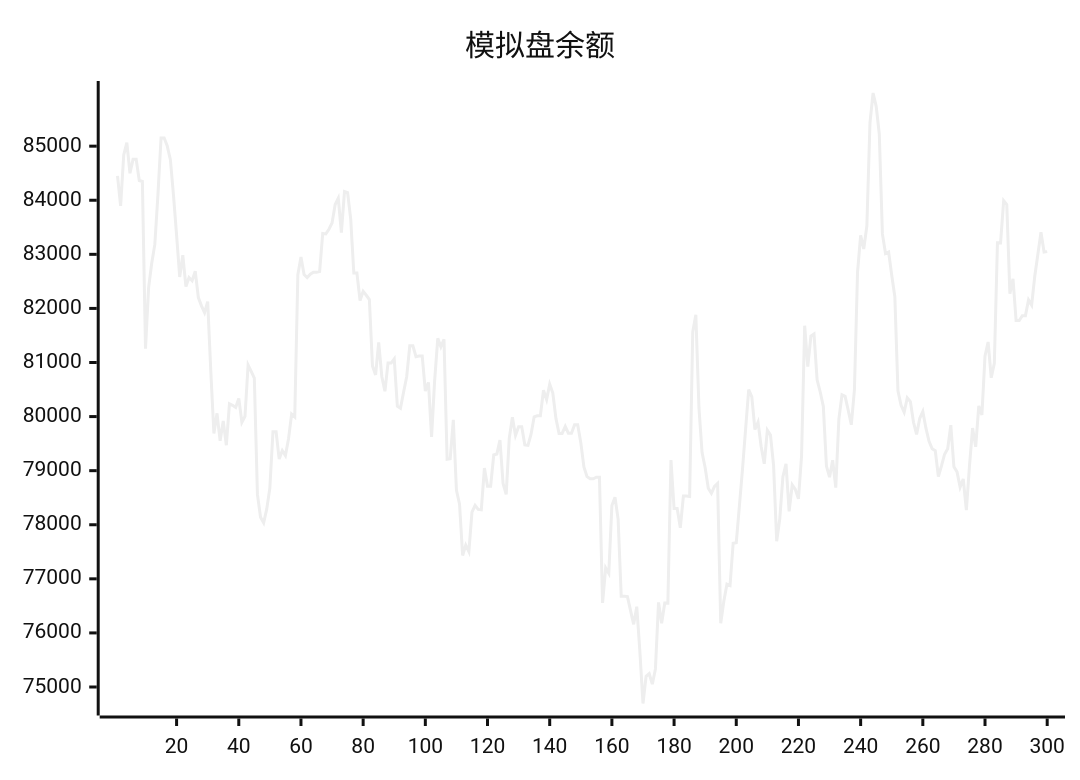
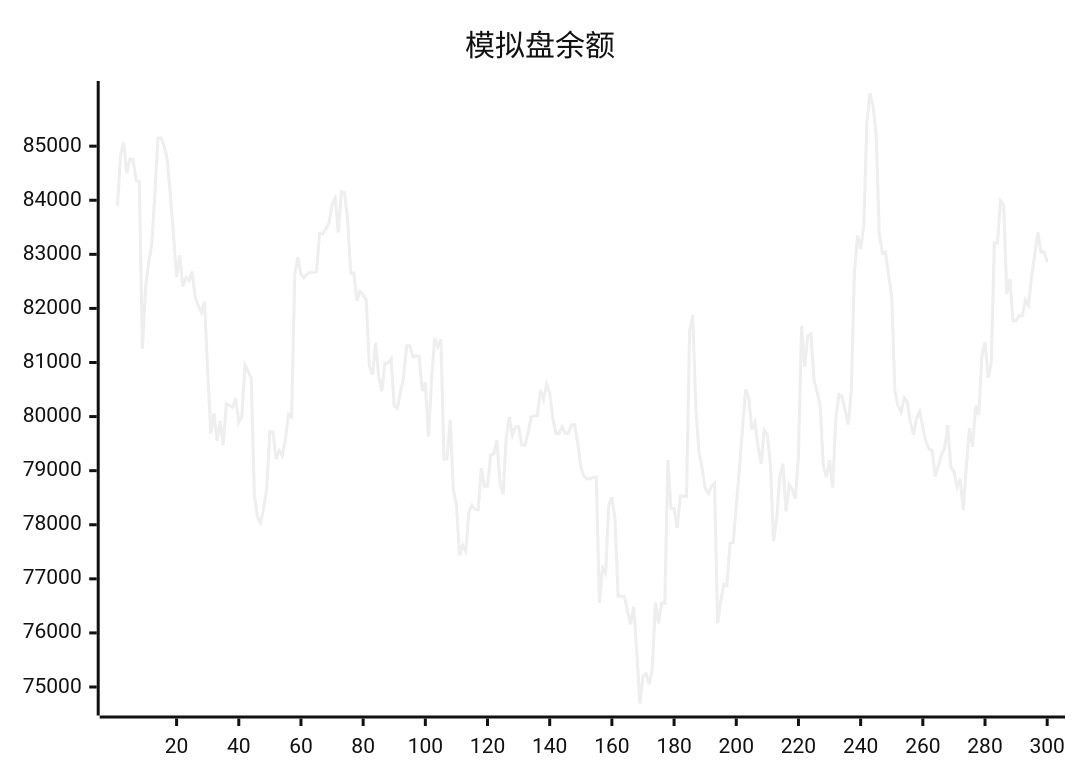
The diagram in README.md (aahl/ai-trading), drawn with Mermaid (neutral theme) before and after one commit. The commit also changed other lines of this file and 1 other file, not shown here.

````diff
--- a/README.md
+++ b/README.md
@@ -5,5 +5,5 @@
 ```mermaid
 xychart
     title "模拟盘余额"
-    line [84449,83896,84839,85065,84499,84757,84757,84364,84347,81254,82385,82835,83184,84099,85150,85150,85002,84751,84096,83356,82582,82983,82404,82572,82512,82688,82200,82047,81920,82125,80840,79688,80060,79552,79920,79470,80236,80208,80170,80336,79894,80006,80954,80837,80712,78561,78139,78037,78293,78682,79720,79720,79214,79372,79279,79591,80046,79993,82625,82950,82626,82571,82633,82670,82670,82681,83386,83378,83464,83579,83920,84037,83402,84160,84142,83652,82655,82655,82145,82315,82243,82163,80934,80770,81371,80742,80468,80989,80989,81067,80191,80155,80450,80737,81309,81309,81106,81119,81119,80471,80631,79624,80670,81448,81290,81429,79212,79222,79940,78643,78380,77432,77623,77504,78235,78358,78284,78277,79048,78714,78714,79290,79308,79567,78763,78563,79603,79988,79652,79813,79813,79476,79469,79673,79995,80015,80015,80486,80314,80600,80436,79966,79689,79689,79819,79692,79692,79850,79850,79518,79071,78889,78850,78850,78878,78878,76554,77202,77103,78357,78510,78106,76678,76677,76672,76411,76159,76485,75656,74695,75197,75246,75052,75334,76564,76179,76553,76551,79196,78300,78300,77944,78531,78531,78521,81564,81884,80160,79335,79055,78675,78580,78708,78764,76179,76586,76902,76876,77658,77669,78346,79023,79769,80497,80366,79761,79896,79448,79126,79749,79658,79097,77695,78114,78888,79126,78249,78738,78653,78478,79271,81680,80923,81488,81527,80681,80455,80190,79084,78879,79193,78686,79954,80403,80374,80118,79848,80491,82665,83351,83098,83525,85430,85983,85737,85221,83378,83014,83043,82613,82216,80477,80208,80081,80348,80277,79894,79670,79965,80093,79786,79542,79406,79371,78893,79087,79304,79406,79841,79072,78978,78696,78846,78272,79085,79787,79442,80198,80031,81120,81379,80718,80985,83214,83212,83993,83921,82270,82547,81776,81776,81866,81866,82158,82061,82596,83000,83408,83041,83050]
+    line [83896,84839,85065,84499,84757,84757,84364,84347,81254,82385,82835,83184,84099,85150,85150,85002,84751,84096,83356,82582,82983,82404,82572,82512,82688,82200,82047,81920,82125,80840,79688,80060,79552,79920,79470,80236,80208,80170,80336,79894,80006,80954,80837,80712,78561,78139,78037,78293,78682,79720,79720,79214,79372,79279,79591,80046,79993,82625,82950,82626,82571,82633,82670,82670,82681,83386,83378,83464,83579,83920,84037,83402,84160,84142,83652,82655,82655,82145,82315,82243,82163,80934,80770,81371,80742,80468,80989,80989,81067,80191,80155,80450,80737,81309,81309,81106,81119,81119,80471,80631,79624,80670,81448,81290,81429,79212,79222,79940,78643,78380,77432,77623,77504,78235,78358,78284,78277,79048,78714,78714,79290,79308,79567,78763,78563,79603,79988,79652,79813,79813,79476,79469,79673,79995,80015,80015,80486,80314,80600,80436,79966,79689,79689,79819,79692,79692,79850,79850,79518,79071,78889,78850,78850,78878,78878,76554,77202,77103,78357,78510,78106,76678,76677,76672,76411,76159,76485,75656,74695,75197,75246,75052,75334,76564,76179,76553,76551,79196,78300,78300,77944,78531,78531,78521,81564,81884,80160,79335,79055,78675,78580,78708,78764,76179,76586,76902,76876,77658,77669,78346,79023,79769,80497,80366,79761,79896,79448,79126,79749,79658,79097,77695,78114,78888,79126,78249,78738,78653,78478,79271,81680,80923,81488,81527,80681,80455,80190,79084,78879,79193,78686,79954,80403,80374,80118,79848,80491,82665,83351,83098,83525,85430,85983,85737,85221,83378,83014,83043,82613,82216,80477,80208,80081,80348,80277,79894,79670,79965,80093,79786,79542,79406,79371,78893,79087,79304,79406,79841,79072,78978,78696,78846,78272,79085,79787,79442,80198,80031,81120,81379,80718,80985,83214,83212,83993,83921,82270,82547,81776,81776,81866,81866,82158,82061,82596,83000,83408,83041,83050,82858]
 ```
````
